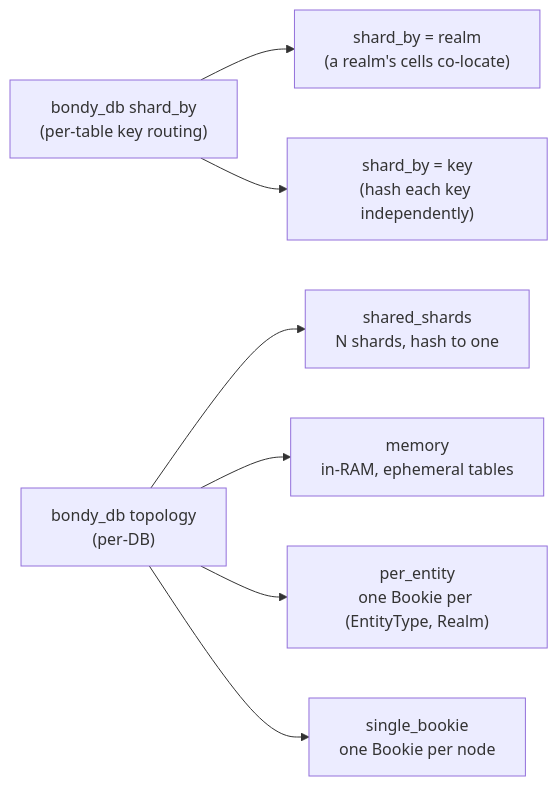
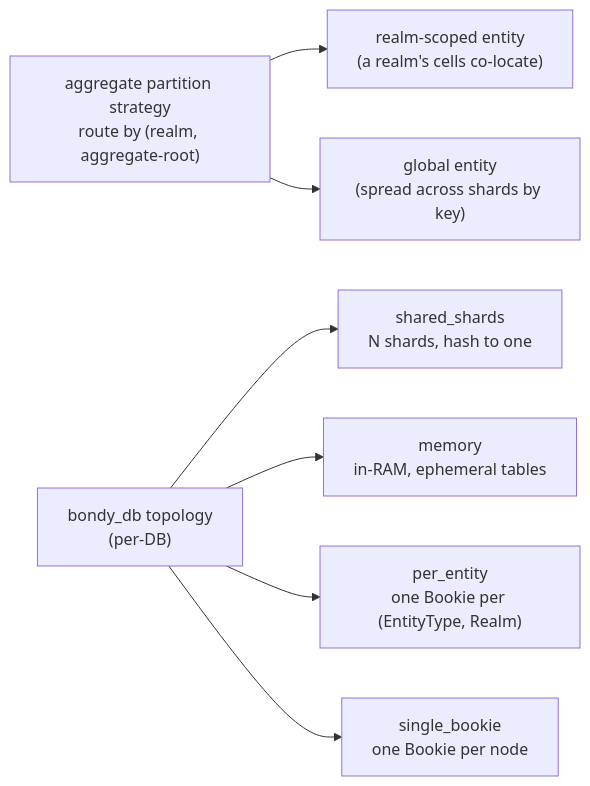
One commit to bondy-io/bondy changed the third of 4 diagrams in apps/bondy_db/doc_extras/architecture/07_app_developers_tour.md. Above: the diagram before and after it, drawn with Mermaid. The commit also changed other lines of this file and 55 other files, not shown here.

````diff
--- a/apps/bondy_db/doc_extras/architecture/07_app_developers_tour.md
+++ b/apps/bondy_db/doc_extras/architecture/07_app_developers_tour.md
@@ -146,19 +146,19 @@
 ```mermaid
 flowchart LR
-    SHBY["bondy_db shard_by<br/>(per-table key routing)"]
-    REALM["shard_by = realm<br/>(a realm's cells co-locate)"]
-    KEY["shard_by = key<br/>(hash each key independently)"]
+    PART["aggregate partition strategy<br/>route by (realm, aggregate-root)"]
+    REALM["realm-scoped entity<br/>(a realm's cells co-locate)"]
+    KEY["global entity<br/>(spread across shards by key)"]
 
     TOPO["bondy_db topology<br/>(per-DB)"]
     SHARED["shared_shards<br/>N shards, hash to one"]
     MEM["memory<br/>in-RAM, ephemeral tables"]
     PERE["per_entity<br/>one Bookie per (EntityType, Realm)"]
     SINGLE["single_bookie<br/>one Bookie per node"]
 
-    SHBY --> REALM
-    SHBY --> KEY
+    PART --> REALM
+    PART --> KEY
     TOPO --> SHARED
     TOPO --> MEM
     TOPO --> PERE
     TOPO --> SINGLE
 ```
````
